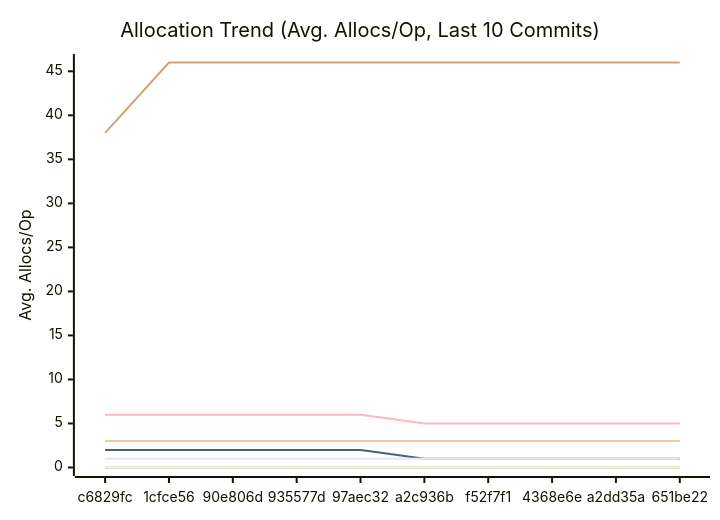
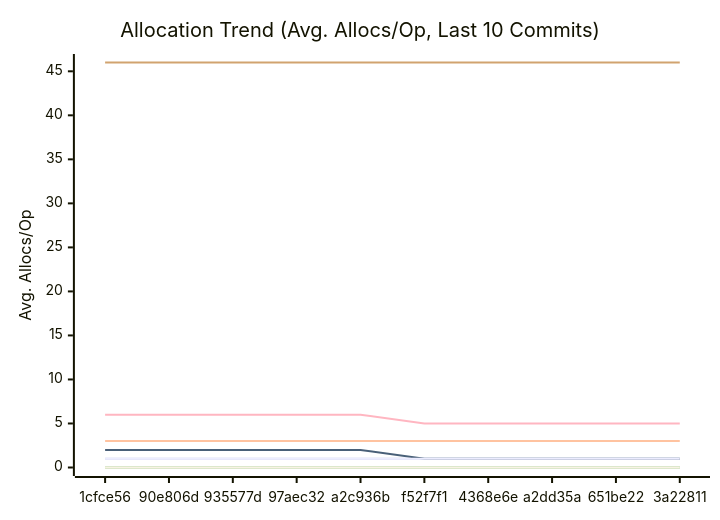
Before and after one commit to alsotoes/momo: the third of 3 diagrams in docs/PERFORMANCE.md, drawn with Mermaid. The commit also changed other lines of this file and 6 other files, not shown here.

````diff
--- a/docs/PERFORMANCE.md
+++ b/docs/PERFORMANCE.md
@@ -176,18 +176,18 @@
 ```mermaid
 xychart-beta
     title "Allocation Trend (Avg. Allocs/Op, Last 10 Commits)"
     x-axis "Commit"
     y-axis "Avg. Allocs/Op"
-    x-axis [c6829fc,1cfce56,90e806d,935577d,97aec32,a2c936b,f52f7f1,4368e6e,a2dd35a,651be22]
+    x-axis [1cfce56,90e806d,935577d,97aec32,a2c936b,f52f7f1,4368e6e,a2dd35a,651be22,3a22811]
     line "CheckMetricsAndSwap" [0,0,0,0,0,0,0,0,0,0]
     line "CrushOptimized" [0,0,0,0,0,0,0,0,0,0]
     line "CrushOriginal" [3,3,3,3,3,3,3,3,3,3]
     line "IndexDirectTracking" [0,0,0,0,0,0,0,0,0,0]
     line "IndexSearch" [0,0,0,0,0,0,0,0,0,0]
-    line "LoadGlobalConfig" [38,46,46,46,46,46,46,46,46,46]
+    line "LoadGlobalConfig" [46,46,46,46,46,46,46,46,46,46]
     line "PadString" [1,1,1,1,1,1,1,1,1,1]
     line "ParseReplicationOrder_NoPrealloc" [6,6,6,6,6,5,5,5,5,5]
     line "ParseReplicationOrder_Prealloc" [2,2,2,2,2,1,1,1,1,1]
     line "SanitizeLog/Safe" [0,0,0,0,0,0,0,0,0,0]
     line "SanitizeLog/Unsafe" [1,1,1,1,1,1,1,1,1,1]
 ```
````
